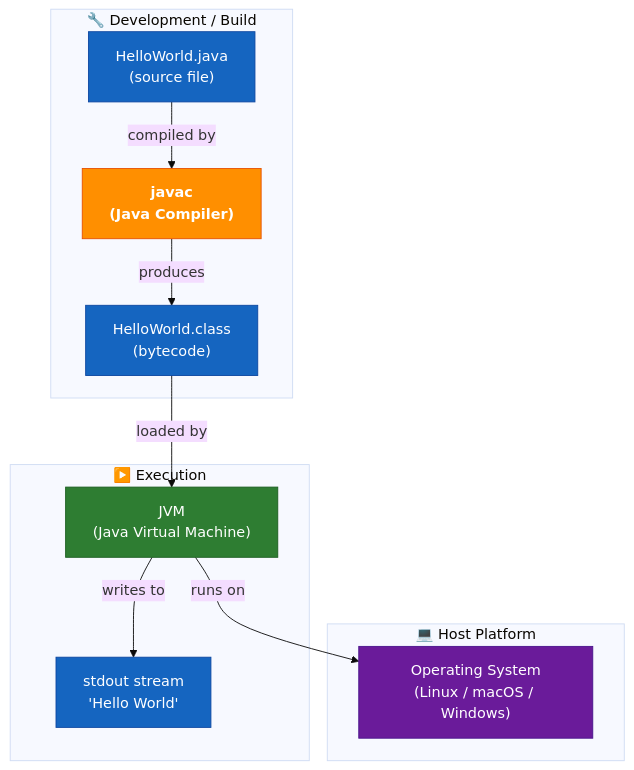
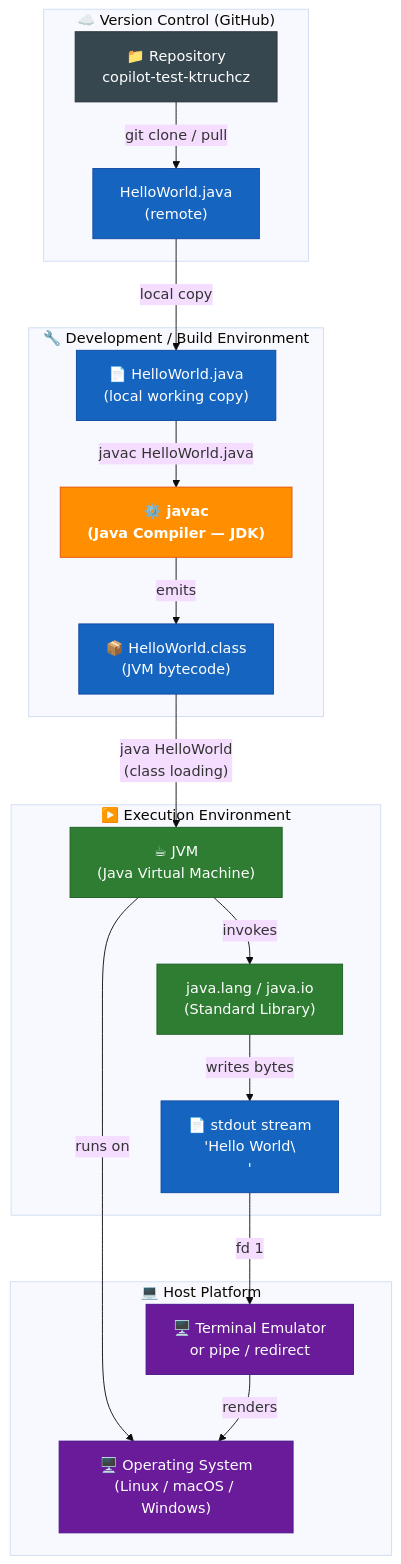
Before and after one commit to ktruchcz/copilot-test-ktruchcz: the third of 30 diagrams in arc42-documentation.md, drawn with Mermaid (base theme). The commit also changed other lines of this file, not shown here.

First line of the commit message:
Generate comprehensive Arc42 architecture documentation (v2.0.0)

````diff
--- a/arc42-documentation.md
+++ b/arc42-documentation.md
@@ -118,28 +250,41 @@
 ```mermaid
 graph TB
     classDef tool fill:#FF8F00,stroke:#E65100,color:#fff,font-weight:bold
     classDef artifact fill:#1565C0,stroke:#0D47A1,color:#fff
     classDef runtime fill:#2E7D32,stroke:#1B5E20,color:#fff
     classDef os fill:#6A1B9A,stroke:#4A148C,color:#fff
+    classDef repo fill:#37474F,stroke:#263238,color:#fff
 
-    subgraph dev["🔧 Development / Build"]
-        src["HelloWorld.java\n(source file)"]:::artifact
-        javac["javac\n(Java Compiler)"]:::tool
-        class_file["HelloWorld.class\n(bytecode)"]:::artifact
+    subgraph vcs["☁️ Version Control (GitHub)"]
+        repo["📁 Repository\ncopilot-test-ktruchcz"]:::repo
+        src_remote["HelloWorld.java\n(remote)"]:::artifact
     end
 
-    subgraph exec["▶️ Execution"]
-        jvm["JVM\n(Java Virtual Machine)"]:::runtime
-        stdout["stdout stream\n'Hello World'"]:::artifact
+    subgraph dev["🔧 Development / Build Environment"]
+        src["📄 HelloWorld.java\n(local working copy)"]:::artifact
+        javac["⚙️ javac\n(Java Compiler — JDK)"]:::tool
+        class_file["📦 HelloWorld.class\n(JVM bytecode)"]:::artifact
+    end
+
+    subgraph exec["▶️ Execution Environment"]
+        jvm["☕ JVM\n(Java Virtual Machine)"]:::runtime
+        stdlib["java.lang / java.io\n(Standard Library)"]:::runtime
+        stdout_stream["📄 stdout stream\n'Hello World\\n'"]:::artifact
     end
 
     subgraph platform["💻 Host Platform"]
-        os["Operating System\n(Linux / macOS / Windows)"]:::os
+        os_layer["🖥️ Operating System\n(Linux / macOS / Windows)"]:::os
+        terminal["🖥️ Terminal Emulator\nor pipe / redirect"]:::os
     end
 
-    src -->|"compiled by"| javac
-    javac -->|"produces"| class_file
-    class_file -->|"loaded by"| jvm
-    jvm -->|"writes to"| stdout
-    jvm -->|"runs on"| os
+    repo -->|"git clone / pull"| src_remote
+    src_remote -->|"local copy"| src
+    src -->|"javac HelloWorld.java"| javac
+    javac -->|"emits"| class_file
+    class_file -->|"java HelloWorld\n(class loading)"| jvm
+    jvm -->|"invokes"| stdlib
+    stdlib -->|"writes bytes"| stdout_stream
+    stdout_stream -->|"fd 1"| terminal
+    jvm -->|"runs on"| os_layer
+    terminal -->|"renders"| os_layer
 ```
````
